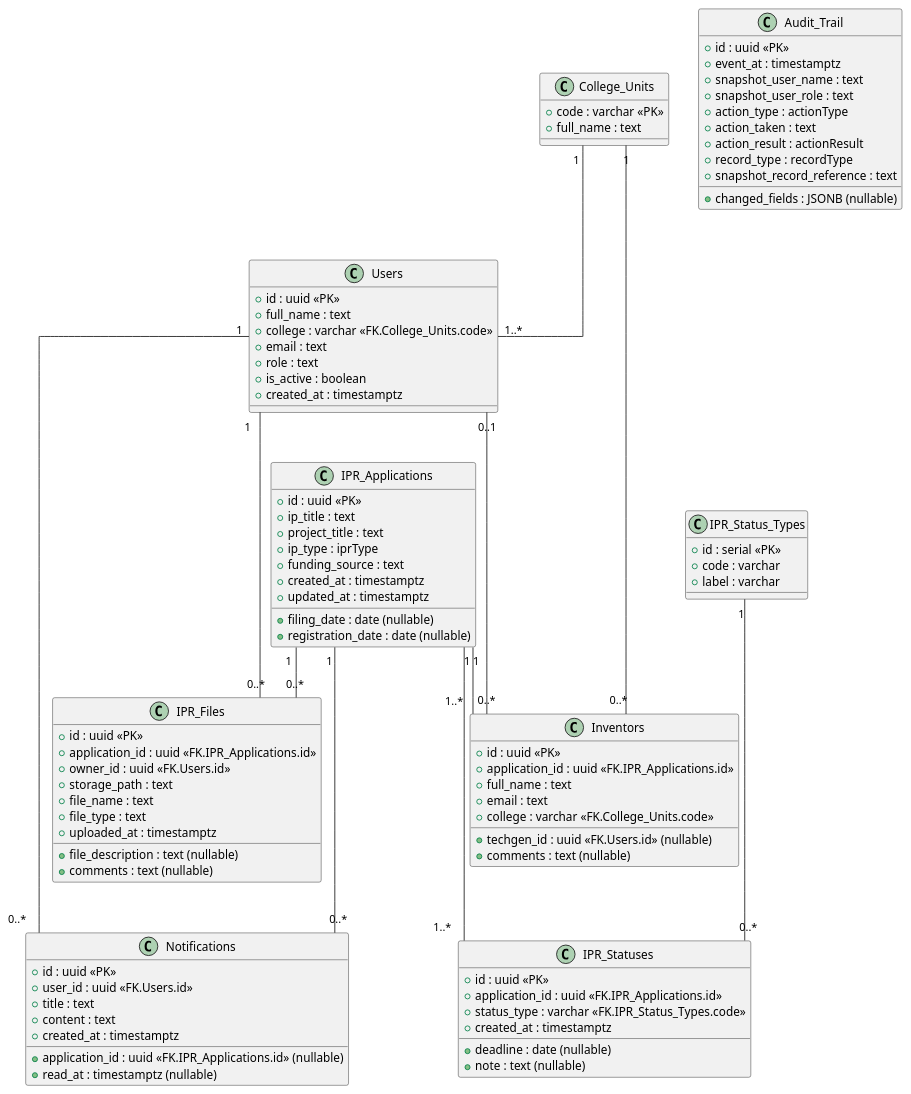
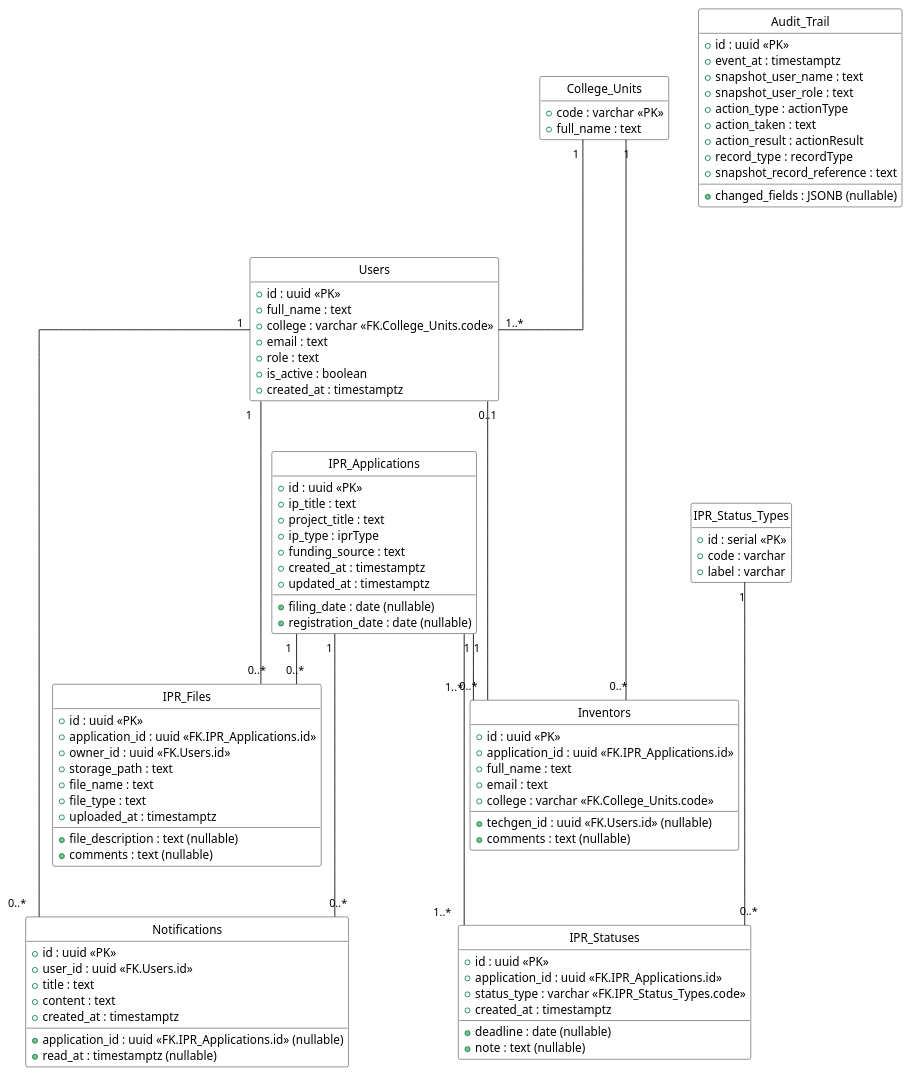
The diagram in uml diagrams code/db_design.wsd (jrolana/iris), drawn with PlantUML before and after one commit. The commit also changed 11 other files, not shown here.

Commit message:
updated db schema

```diff
--- a/uml diagrams code/db_design.wsd
+++ b/uml diagrams code/db_design.wsd
@@ -1,121 +1,130 @@
 @startuml
 skinparam linetype ortho
+
+hide circle
+hide empty members
+
+skinparam class {
+    BackgroundColor White
+    BorderColor Black
+    ArrowColor Black
+}
 
 '==============================
 ' Lookup Tables
 '==============================
 class College_Units {
     +code : varchar <<PK>>
     +full_name : text
 }
 
 class IPR_Status_Types {
     +id : serial <<PK>>
     +code : varchar
     +label : varchar
 }
 
 '==============================
 ' Main Tables
 '==============================
 class Users {
     +id : uuid <<PK>>
     +full_name : text
     +college : varchar <<FK.College_Units.code>>
     +email : text
     +role : text
     +is_active : boolean
     +created_at : timestamptz
 }
 
 class IPR_Applications {
     +id : uuid <<PK>>
     +ip_title : text
     +project_title : text
     +ip_type : iprType
     +funding_source : text
     +filing_date : date (nullable)
     +registration_date : date (nullable)
     +created_at : timestamptz
     +updated_at : timestamptz
 }
 
 class Inventors {
     +id : uuid <<PK>>
     +application_id : uuid <<FK.IPR_Applications.id>>
     +techgen_id : uuid <<FK.Users.id>> (nullable)
     +full_name : text
     +email : text
     +college : varchar <<FK.College_Units.code>>
     +comments : text (nullable)
 }
 
 class IPR_Statuses {
     +id : uuid <<PK>>
     +application_id : uuid <<FK.IPR_Applications.id>>
     +status_type : varchar <<FK.IPR_Status_Types.code>>
     +deadline : date (nullable)
     +note : text (nullable)
     +created_at : timestamptz
 }
 
 class IPR_Files {
     +id : uuid <<PK>>
     +application_id : uuid <<FK.IPR_Applications.id>>
     +owner_id : uuid <<FK.Users.id>>
     +storage_path : text
     +file_name : text
     +file_description : text (nullable)
     +file_type : text
     +comments : text (nullable)
     +uploaded_at : timestamptz
 }
 
 class Notifications {
     +id : uuid <<PK>>
     +user_id : uuid <<FK.Users.id>>
     +application_id : uuid <<FK.IPR_Applications.id>> (nullable)
     +title : text
     +content : text
     +read_at : timestamptz (nullable)
     +created_at : timestamptz
 }
 
 class Audit_Trail {
     +id : uuid <<PK>>
     +event_at : timestamptz
     +snapshot_user_name : text
     +snapshot_user_role : text
     +action_type : actionType
     +action_taken : text
     +action_result : actionResult
     +record_type : recordType
     +snapshot_record_reference : text
     +changed_fields : JSONB (nullable)
 }
 
 '==============================
 ' Relationships
 '==============================
 College_Units "1" -- "1..*" Users
 College_Units "1" -- "0..*" Inventors
 
 IPR_Status_Types "1" -- "0..*" IPR_Statuses
 
 Users "0..1" -- "0..*" Inventors
 Users "1" -- "0..*" IPR_Files
 Users "1" -- "0..*" Notifications
 
 IPR_Applications "1" -- "1..*" Inventors
 IPR_Applications "1" -- "1..*" IPR_Statuses
 IPR_Applications "1" -- "0..*" IPR_Files
 IPR_Applications "1" -- "0..*" Notifications
 
 '==============================
 ' Layout hints
 '==============================
 College_Units -[hidden]- IPR_Status_Types
 Users -[hidden]- IPR_Applications
 Inventors -[hidden]- IPR_Statuses
 IPR_Files -[hidden]- Notifications
 @enduml
```
